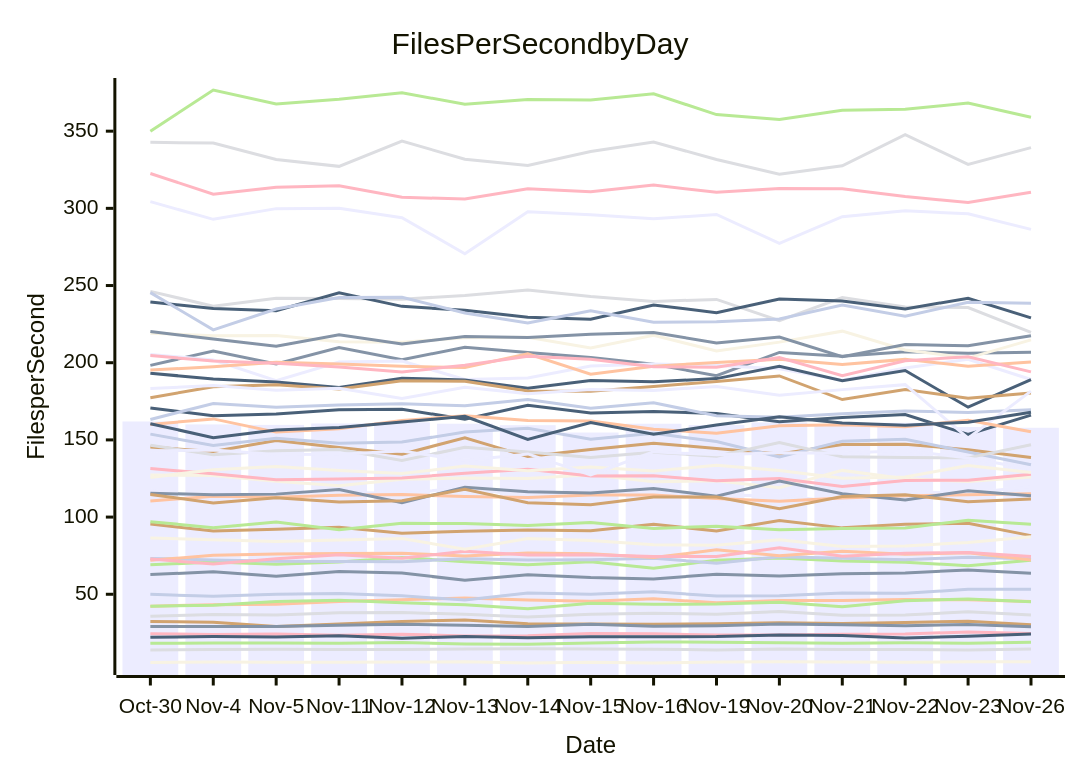
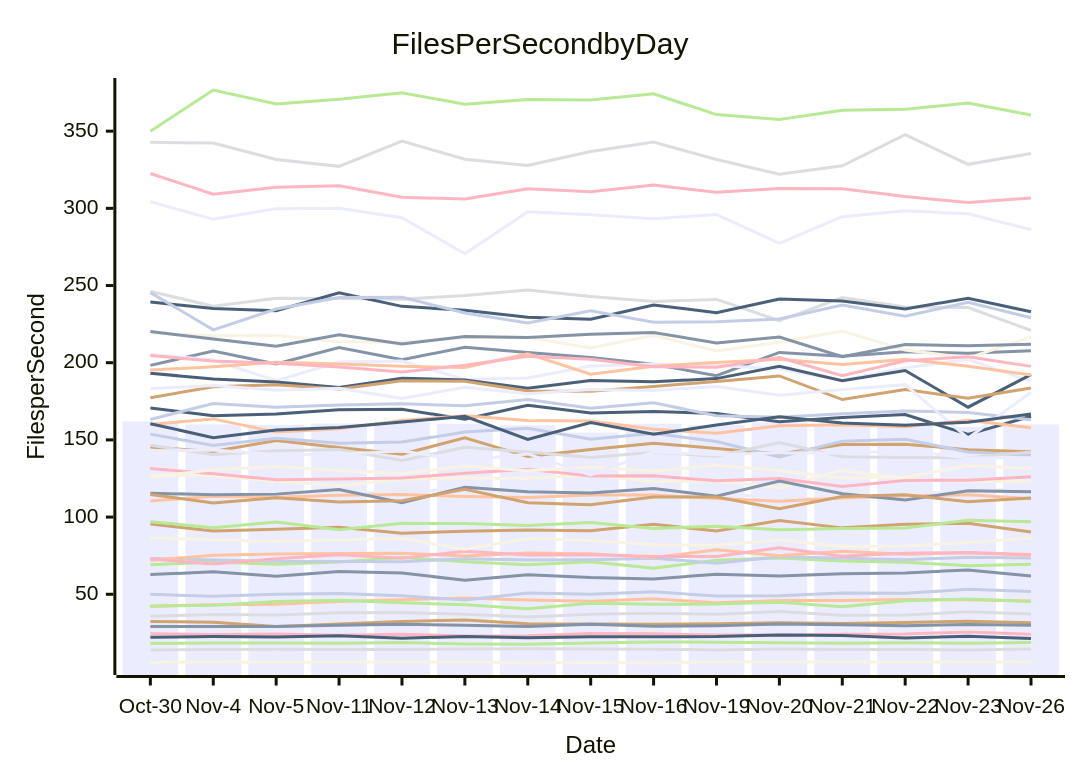
The diagram in perf-report.md (streetsidesoftware/cspell), drawn with Mermaid before and after one commit. The commit also changed other lines of this file and 1 other file, not shown here.

````diff
--- a/perf-report.md
+++ b/perf-report.md
@@ -10,57 +10,57 @@
 ```mermaid
 xychart-beta
     title Files Per Second by Day
     y-axis Files per Second
     x-axis Date [Oct-30, Nov-4, Nov-5, Nov-11, Nov-12, Nov-13, Nov-14, Nov-15, Nov-16, Nov-19, Nov-20, Nov-21, Nov-22, Nov-23, Nov-26]
-    bar [161.94, 160.02, 159.72, 160.65, 161.35, 160.47, 159.54, 154.79, 160.46, 159.61, 161.30, 160.06, 161.07, 158.38, 157.84]
-    line [198.27, 207.58, 199.26, 209.84, 202.01, 209.99, 206.66, 203.31, 199.00, 191.59, 206.65, 204.27, 207.11, 206.14, 206.79]
-    line [42.25, 43.22, 43.49, 45.34, 46.46, 47.61, 46.36, 45.42, 47.07, 44.45, 46.03, 45.93, 46.58, 46.39, 45.32]
-    line [13.97, 14.18, 14.33, 14.26, 14.23, 14.49, 14.71, 14.55, 14.39, 13.95, 14.60, 14.17, 14.18, 13.95, 14.51]
-    line [18.25, 18.44, 18.38, 18.23, 18.67, 17.83, 17.56, 18.43, 19.15, 18.91, 18.65, 18.27, 18.52, 18.27, 18.84]
-    line [95.53, 91.04, 92.11, 93.46, 89.53, 90.84, 91.64, 91.15, 95.31, 91.02, 97.72, 93.01, 95.37, 95.97, 88.00]
-    line [49.99, 48.68, 50.03, 50.42, 49.00, 46.22, 50.88, 49.95, 51.56, 48.83, 49.01, 50.78, 50.67, 53.20, 53.20]
-    line [24.43, 23.95, 24.20, 23.49, 24.08, 23.00, 23.06, 24.50, 24.34, 23.62, 23.53, 24.02, 24.23, 25.56, 24.55]
-    line [22.12, 22.59, 22.34, 23.16, 21.54, 22.68, 21.85, 22.43, 22.45, 22.56, 23.60, 23.23, 21.70, 22.82, 24.18]
-    line [127.28, 126.86, 123.18, 120.25, 124.45, 125.35, 124.99, 127.41, 122.93, 123.56, 118.96, 130.24, 124.88, 123.12, 126.04]
-    line [117.43, 111.89, 115.01, 116.13, 115.22, 119.08, 113.54, 116.51, 115.21, 113.92, 114.16, 109.46, 116.44, 115.65, 119.60]
-    line [62.75, 64.51, 61.69, 64.67, 63.79, 59.02, 62.70, 60.80, 59.91, 63.00, 61.76, 63.34, 63.78, 65.76, 63.54]
-    line [110.40, 113.53, 112.85, 114.15, 114.65, 113.36, 112.62, 114.36, 114.33, 111.99, 110.22, 112.37, 113.80, 114.46, 115.19]
-    line [35.71, 36.86, 36.50, 38.05, 38.19, 36.99, 35.25, 37.09, 37.76, 37.04, 38.77, 36.43, 36.55, 38.70, 36.59]
-    line [69.09, 70.86, 69.37, 70.88, 73.81, 71.09, 69.11, 71.10, 66.81, 72.11, 73.56, 71.52, 70.73, 68.53, 72.00]
-    line [145.45, 142.42, 149.63, 145.08, 140.78, 151.35, 139.20, 143.75, 147.85, 144.42, 140.89, 146.99, 147.16, 143.68, 138.65]
-    line [73.22, 72.23, 71.32, 71.25, 71.08, 73.06, 72.16, 72.33, 73.39, 70.13, 74.26, 73.25, 72.41, 73.90, 72.98]
-    line [131.49, 128.05, 124.13, 124.73, 125.27, 128.39, 131.06, 126.59, 126.76, 123.53, 124.94, 119.79, 123.77, 123.92, 127.74]
-    line [170.61, 165.61, 166.70, 169.45, 169.81, 163.46, 172.46, 167.41, 168.34, 167.09, 161.78, 164.45, 166.41, 153.59, 166.06]
-    line [125.70, 130.73, 132.76, 130.23, 128.16, 133.01, 129.97, 132.49, 129.80, 133.61, 130.16, 125.21, 125.92, 133.37, 128.95]
-    line [205.39, 201.71, 188.42, 200.46, 201.07, 189.10, 190.06, 197.82, 199.09, 198.24, 196.06, 188.63, 196.64, 202.22, 189.14]
-    line [115.50, 114.45, 114.87, 117.85, 109.38, 119.29, 116.46, 115.59, 118.49, 113.54, 123.36, 115.17, 111.11, 117.00, 113.77]
-    line [72.03, 75.21, 76.09, 76.34, 76.58, 74.79, 76.80, 76.30, 73.76, 78.85, 74.91, 77.93, 75.92, 76.91, 72.23]
-    line [246.20, 236.64, 241.81, 241.59, 241.14, 243.55, 247.17, 242.91, 239.70, 241.02, 227.21, 242.23, 236.13, 235.78, 219.62]
-    line [97.05, 93.17, 96.79, 91.80, 95.95, 95.87, 94.48, 96.44, 92.65, 94.10, 91.76, 92.63, 92.88, 97.96, 95.37]
-    line [32.41, 31.83, 29.14, 30.76, 32.43, 33.35, 30.87, 30.71, 30.55, 30.97, 31.56, 31.09, 31.75, 32.47, 30.32]
-    line [163.25, 173.61, 171.18, 172.63, 173.35, 172.14, 176.09, 170.54, 174.05, 165.70, 164.60, 166.98, 168.69, 167.81, 169.46]
-    line [72.80, 69.62, 72.93, 75.62, 73.39, 77.86, 75.46, 75.53, 74.48, 74.42, 80.12, 74.68, 76.58, 77.00, 74.42]
-    line [193.23, 189.38, 187.47, 183.93, 189.93, 188.83, 183.53, 188.50, 187.66, 189.71, 197.63, 188.37, 194.96, 171.19, 189.09]
-    line [219.14, 217.54, 217.64, 213.57, 213.32, 216.11, 216.43, 209.55, 217.83, 207.54, 213.34, 220.45, 208.25, 203.01, 214.82]
-    line [304.34, 292.89, 299.81, 300.08, 293.90, 270.62, 297.75, 295.78, 293.19, 296.08, 277.37, 294.62, 298.41, 296.48, 286.36]
-    line [29.14, 29.07, 29.19, 29.96, 30.60, 29.98, 29.13, 30.65, 29.20, 29.66, 30.68, 30.21, 29.67, 30.46, 29.03]
-    line [195.27, 197.35, 200.31, 199.19, 197.63, 196.85, 205.77, 192.52, 197.76, 200.10, 202.32, 198.81, 202.16, 197.78, 200.50]
-    line [342.79, 342.26, 331.64, 327.21, 343.58, 331.81, 327.76, 336.79, 342.94, 331.62, 322.15, 327.54, 347.69, 328.52, 339.35]
-    line [42.24, 42.88, 45.37, 46.20, 44.50, 43.23, 40.60, 44.15, 43.48, 43.70, 44.83, 41.94, 45.87, 46.91, 45.10]
-    line [177.36, 184.49, 185.72, 182.94, 188.28, 187.98, 181.73, 181.49, 184.66, 187.81, 191.42, 176.14, 182.60, 177.02, 180.37]
-    line [153.73, 146.39, 151.10, 147.79, 148.60, 155.08, 157.59, 150.36, 154.26, 148.98, 139.01, 149.20, 150.38, 142.14, 133.89]
-    line [204.60, 201.12, 199.63, 197.18, 194.05, 198.31, 204.17, 202.23, 197.34, 197.09, 203.42, 191.56, 201.26, 203.88, 194.08]
-    line [239.32, 235.17, 233.67, 245.24, 236.50, 233.98, 229.39, 228.12, 237.34, 232.45, 241.31, 240.00, 234.88, 241.77, 229.08]
-    line [5.80, 6.05, 5.91, 5.92, 6.05, 6.23, 5.47, 5.95, 5.52, 6.13, 6.21, 6.06, 6.00, 6.29, 6.32]
-    line [183.23, 185.22, 182.14, 183.42, 176.89, 184.07, 179.92, 182.71, 181.97, 184.63, 178.93, 182.57, 185.79, 151.12, 181.61]
-    line [220.21, 215.36, 210.66, 218.14, 212.13, 216.95, 216.28, 218.40, 219.59, 212.75, 216.58, 203.96, 211.74, 210.99, 217.47]
-    line [160.02, 163.60, 155.05, 157.20, 162.55, 165.62, 162.61, 162.23, 156.96, 154.28, 159.13, 159.89, 158.58, 162.75, 155.24]
-    line [146.59, 140.40, 143.02, 143.74, 136.69, 145.20, 142.11, 138.52, 142.01, 139.48, 148.36, 139.11, 138.55, 138.37, 146.84]
-    line [349.95, 376.67, 367.68, 370.64, 374.87, 367.41, 370.51, 370.21, 374.24, 360.74, 357.55, 363.60, 364.19, 368.22, 359.00]
-    line [114.69, 109.15, 112.48, 109.72, 110.55, 118.02, 109.29, 108.02, 112.93, 112.97, 105.44, 113.26, 114.47, 109.88, 111.76]
-    line [245.41, 221.31, 234.75, 242.27, 242.37, 232.19, 225.67, 233.72, 226.18, 226.48, 228.27, 237.35, 230.05, 239.20, 238.48]
-    line [322.55, 309.17, 313.73, 314.69, 307.18, 306.00, 312.70, 310.78, 315.06, 310.37, 312.90, 312.74, 307.69, 303.77, 310.48]
-    line [160.48, 151.46, 156.36, 158.02, 161.56, 165.28, 150.34, 161.29, 153.65, 159.58, 164.91, 160.94, 159.52, 161.45, 167.89]
-    line [86.40, 85.26, 84.18, 85.13, 86.07, 79.22, 86.18, 84.80, 82.10, 81.80, 85.25, 80.99, 81.28, 83.53, 87.20]
-    line [142.74, 143.48, 140.52, 140.72, 142.75, 136.72, 140.92, 127.38, 142.26, 140.32, 141.64, 141.43, 143.12, 138.28, 131.12]
+    bar [161.94, 160.02, 159.72, 160.65, 161.35, 160.47, 159.54, 154.79, 160.46, 159.61, 161.30, 160.06, 161.07, 158.38, 160.01]
+    line [198.27, 207.58, 199.26, 209.84, 202.01, 209.99, 206.66, 203.31, 199.00, 191.59, 206.65, 204.27, 207.11, 206.14, 207.83]
+    line [42.25, 43.22, 43.49, 45.34, 46.46, 47.61, 46.36, 45.42, 47.07, 44.45, 46.03, 45.93, 46.58, 46.39, 45.62]
+    line [13.97, 14.18, 14.33, 14.26, 14.23, 14.49, 14.71, 14.55, 14.39, 13.95, 14.60, 14.17, 14.18, 13.95, 14.61]
+    line [18.25, 18.44, 18.38, 18.23, 18.67, 17.83, 17.56, 18.43, 19.15, 18.91, 18.65, 18.27, 18.52, 18.27, 18.83]
+    line [95.53, 91.04, 92.11, 93.46, 89.53, 90.84, 91.64, 91.15, 95.31, 91.02, 97.72, 93.01, 95.37, 95.97, 90.32]
+    line [49.99, 48.68, 50.03, 50.42, 49.00, 46.22, 50.88, 49.95, 51.56, 48.83, 49.01, 50.78, 50.67, 53.20, 51.79]
+    line [24.43, 23.95, 24.20, 23.49, 24.08, 23.00, 23.06, 24.50, 24.34, 23.62, 23.53, 24.02, 24.23, 25.56, 24.09]
+    line [22.12, 22.59, 22.34, 23.16, 21.54, 22.68, 21.85, 22.43, 22.45, 22.56, 23.60, 23.23, 21.70, 22.82, 21.29]
+    line [127.28, 126.86, 123.18, 120.25, 124.45, 125.35, 124.99, 127.41, 122.93, 123.56, 118.96, 130.24, 124.88, 123.12, 123.27]
+    line [117.43, 111.89, 115.01, 116.13, 115.22, 119.08, 113.54, 116.51, 115.21, 113.92, 114.16, 109.46, 116.44, 115.65, 119.47]
+    line [62.75, 64.51, 61.69, 64.67, 63.79, 59.02, 62.70, 60.80, 59.91, 63.00, 61.76, 63.34, 63.78, 65.76, 61.80]
+    line [110.40, 113.53, 112.85, 114.15, 114.65, 113.36, 112.62, 114.36, 114.33, 111.99, 110.22, 112.37, 113.80, 114.46, 111.80]
+    line [35.71, 36.86, 36.50, 38.05, 38.19, 36.99, 35.25, 37.09, 37.76, 37.04, 38.77, 36.43, 36.55, 38.70, 37.18]
+    line [69.09, 70.86, 69.37, 70.88, 73.81, 71.09, 69.11, 71.10, 66.81, 72.11, 73.56, 71.52, 70.73, 68.53, 69.45]
+    line [145.45, 142.42, 149.63, 145.08, 140.78, 151.35, 139.20, 143.75, 147.85, 144.42, 140.89, 146.99, 147.16, 143.68, 142.26]
+    line [73.22, 72.23, 71.32, 71.25, 71.08, 73.06, 72.16, 72.33, 73.39, 70.13, 74.26, 73.25, 72.41, 73.90, 73.49]
+    line [131.49, 128.05, 124.13, 124.73, 125.27, 128.39, 131.06, 126.59, 126.76, 123.53, 124.94, 119.79, 123.77, 123.92, 126.14]
+    line [170.61, 165.61, 166.70, 169.45, 169.81, 163.46, 172.46, 167.41, 168.34, 167.09, 161.78, 164.45, 166.41, 153.59, 165.34]
+    line [125.70, 130.73, 132.76, 130.23, 128.16, 133.01, 129.97, 132.49, 129.80, 133.61, 130.16, 125.21, 125.92, 133.37, 131.47]
+    line [205.39, 201.71, 188.42, 200.46, 201.07, 189.10, 190.06, 197.82, 199.09, 198.24, 196.06, 188.63, 196.64, 202.22, 187.96]
+    line [115.50, 114.45, 114.87, 117.85, 109.38, 119.29, 116.46, 115.59, 118.49, 113.54, 123.36, 115.17, 111.11, 117.00, 116.48]
+    line [72.03, 75.21, 76.09, 76.34, 76.58, 74.79, 76.80, 76.30, 73.76, 78.85, 74.91, 77.93, 75.92, 76.91, 75.07]
+    line [246.20, 236.64, 241.81, 241.59, 241.14, 243.55, 247.17, 242.91, 239.70, 241.02, 227.21, 242.23, 236.13, 235.78, 220.97]
+    line [97.05, 93.17, 96.79, 91.80, 95.95, 95.87, 94.48, 96.44, 92.65, 94.10, 91.76, 92.63, 92.88, 97.96, 96.91]
+    line [32.41, 31.83, 29.14, 30.76, 32.43, 33.35, 30.87, 30.71, 30.55, 30.97, 31.56, 31.09, 31.75, 32.47, 31.60]
+    line [163.25, 173.61, 171.18, 172.63, 173.35, 172.14, 176.09, 170.54, 174.05, 165.70, 164.60, 166.98, 168.69, 167.81, 163.00]
+    line [72.80, 69.62, 72.93, 75.62, 73.39, 77.86, 75.46, 75.53, 74.48, 74.42, 80.12, 74.68, 76.58, 77.00, 75.69]
+    line [193.23, 189.38, 187.47, 183.93, 189.93, 188.83, 183.53, 188.50, 187.66, 189.71, 197.63, 188.37, 194.96, 171.19, 192.32]
+    line [219.14, 217.54, 217.64, 213.57, 213.32, 216.11, 216.43, 209.55, 217.83, 207.54, 213.34, 220.45, 208.25, 203.01, 216.67]
+    line [304.34, 292.89, 299.81, 300.08, 293.90, 270.62, 297.75, 295.78, 293.19, 296.08, 277.37, 294.62, 298.41, 296.48, 286.19]
+    line [29.14, 29.07, 29.19, 29.96, 30.60, 29.98, 29.13, 30.65, 29.20, 29.66, 30.68, 30.21, 29.67, 30.46, 29.86]
+    line [195.27, 197.35, 200.31, 199.19, 197.63, 196.85, 205.77, 192.52, 197.76, 200.10, 202.32, 198.81, 202.16, 197.78, 192.08]
+    line [342.79, 342.26, 331.64, 327.21, 343.58, 331.81, 327.76, 336.79, 342.94, 331.62, 322.15, 327.54, 347.69, 328.52, 335.50]
+    line [42.24, 42.88, 45.37, 46.20, 44.50, 43.23, 40.60, 44.15, 43.48, 43.70, 44.83, 41.94, 45.87, 46.91, 45.25]
+    line [177.36, 184.49, 185.72, 182.94, 188.28, 187.98, 181.73, 181.49, 184.66, 187.81, 191.42, 176.14, 182.60, 177.02, 183.57]
+    line [153.73, 146.39, 151.10, 147.79, 148.60, 155.08, 157.59, 150.36, 154.26, 148.98, 139.01, 149.20, 150.38, 142.14, 139.88]
+    line [204.60, 201.12, 199.63, 197.18, 194.05, 198.31, 204.17, 202.23, 197.34, 197.09, 203.42, 191.56, 201.26, 203.88, 197.62]
+    line [239.32, 235.17, 233.67, 245.24, 236.50, 233.98, 229.39, 228.12, 237.34, 232.45, 241.31, 240.00, 234.88, 241.77, 233.01]
+    line [5.80, 6.05, 5.91, 5.92, 6.05, 6.23, 5.47, 5.95, 5.52, 6.13, 6.21, 6.06, 6.00, 6.29, 6.16]
+    line [183.23, 185.22, 182.14, 183.42, 176.89, 184.07, 179.92, 182.71, 181.97, 184.63, 178.93, 182.57, 185.79, 151.12, 180.91]
+    line [220.21, 215.36, 210.66, 218.14, 212.13, 216.95, 216.28, 218.40, 219.59, 212.75, 216.58, 203.96, 211.74, 210.99, 212.04]
+    line [160.02, 163.60, 155.05, 157.20, 162.55, 165.62, 162.61, 162.23, 156.96, 154.28, 159.13, 159.89, 158.58, 162.75, 157.87]
+    line [146.59, 140.40, 143.02, 143.74, 136.69, 145.20, 142.11, 138.52, 142.01, 139.48, 148.36, 139.11, 138.55, 138.37, 142.22]
+    line [349.95, 376.67, 367.68, 370.64, 374.87, 367.41, 370.51, 370.21, 374.24, 360.74, 357.55, 363.60, 364.19, 368.22, 360.42]
+    line [114.69, 109.15, 112.48, 109.72, 110.55, 118.02, 109.29, 108.02, 112.93, 112.97, 105.44, 113.26, 114.47, 109.88, 112.40]
+    line [245.41, 221.31, 234.75, 242.27, 242.37, 232.19, 225.67, 233.72, 226.18, 226.48, 228.27, 237.35, 230.05, 239.20, 229.08]
+    line [322.55, 309.17, 313.73, 314.69, 307.18, 306.00, 312.70, 310.78, 315.06, 310.37, 312.90, 312.74, 307.69, 303.77, 306.69]
+    line [160.48, 151.46, 156.36, 158.02, 161.56, 165.28, 150.34, 161.29, 153.65, 159.58, 164.91, 160.94, 159.52, 161.45, 166.78]
+    line [86.40, 85.26, 84.18, 85.13, 86.07, 79.22, 86.18, 84.80, 82.10, 81.80, 85.25, 80.99, 81.28, 83.53, 86.46]
+    line [142.74, 143.48, 140.52, 140.72, 142.75, 136.72, 140.92, 127.38, 142.26, 140.32, 141.64, 141.43, 143.12, 138.28, 138.39]
 ```
````
